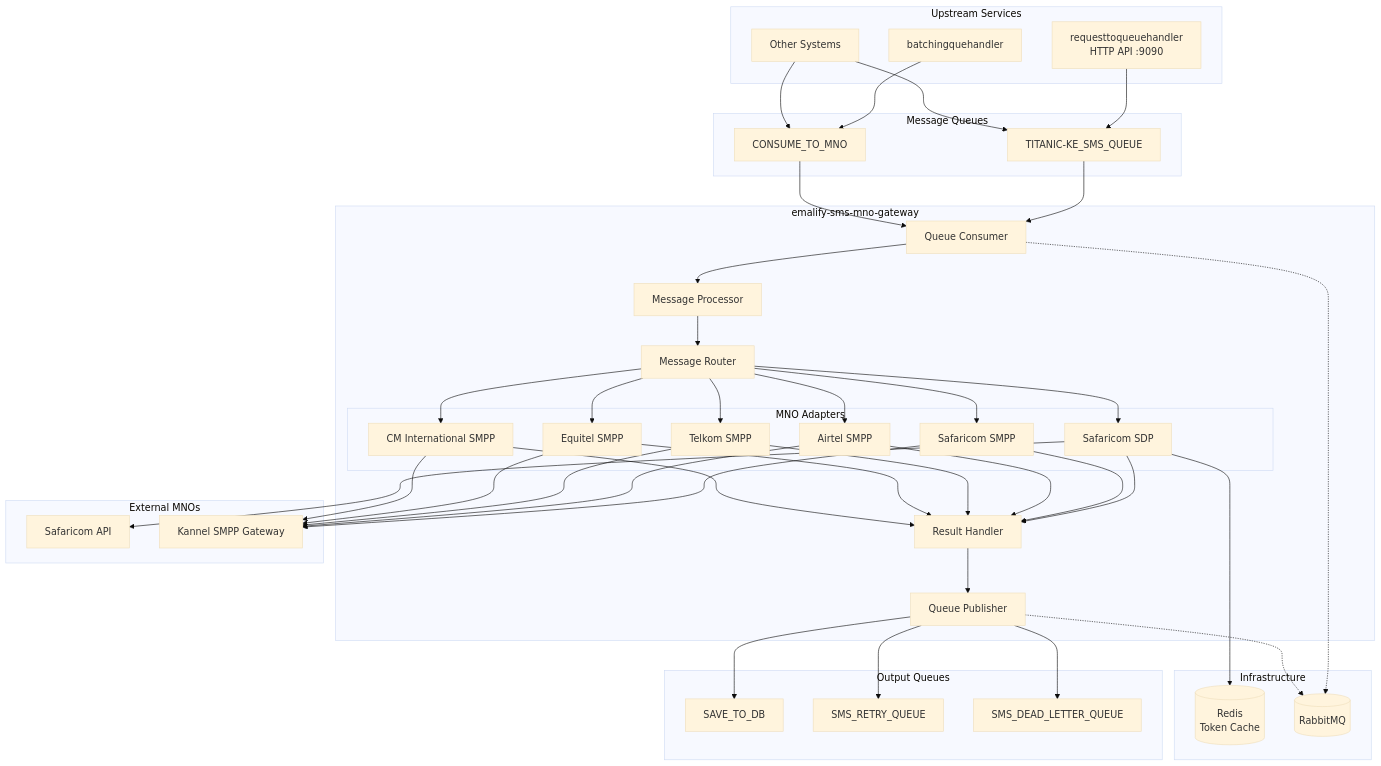
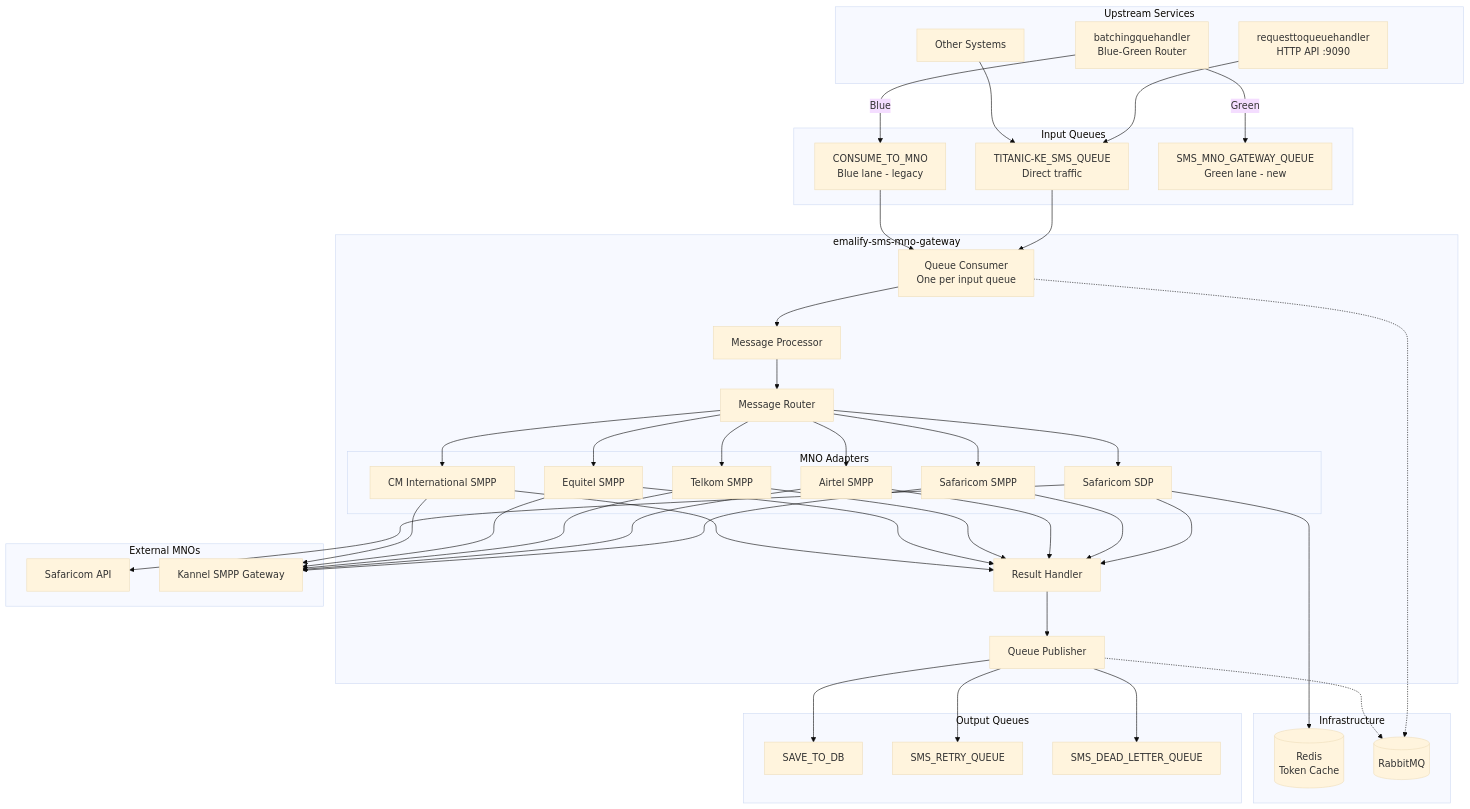
Before and after one commit to ElMonstro/sms-mno-gateway: the first of 11 diagrams in docs/architecture.md, drawn with Mermaid (base theme). The commit also changed 2 other files, not shown here.

```diff
--- a/docs/architecture.md
+++ b/docs/architecture.md
@@ -10,17 +10,18 @@
 graph TB
     subgraph "Upstream Services"
         RQH[requesttoqueuehandler<br/>HTTP API :9090]
-        BQH[batchingquehandler]
+        BQH[batchingquehandler<br/>Blue-Green Router]
         OTHER[Other Systems]
     end
 
-    subgraph "Message Queues"
-        TQ[TITANIC-KE_SMS_QUEUE]
-        CMQ[CONSUME_TO_MNO]
+    subgraph "Input Queues"
+        TQ[TITANIC-KE_SMS_QUEUE<br/>Direct traffic]
+        CMQ[CONSUME_TO_MNO<br/>Blue lane - legacy]
+        GQ[SMS_MNO_GATEWAY_QUEUE<br/>Green lane - new]
     end
 
     subgraph "emalify-sms-mno-gateway"
-        CONSUMER[Queue Consumer]
+        CONSUMER[Queue Consumer<br/>One per input queue]
         PROCESSOR[Message Processor]
         ROUTER[Message Router]
 
@@ -54,9 +55,9 @@
     end
 
     RQH --> TQ
-    BQH --> CMQ
+    BQH -->|Blue| CMQ
+    BQH -->|Green| GQ
     OTHER --> TQ
-    OTHER --> CMQ
 
     TQ --> CONSUMER
     CMQ --> CONSUMER
```
